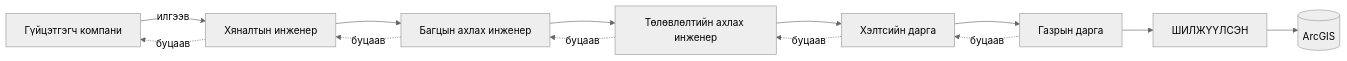
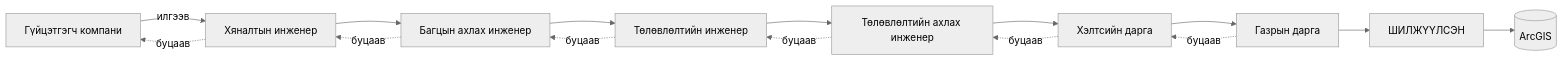
One commit to monmapgisteam-oss/Selbe_db changed the second of 2 diagrams in docs/system/05-erh-batlah.md. Above: the diagram before and after it, drawn with Mermaid (neutral theme). The commit also changed other lines of this file and 33 other files, not shown here.

Commit message:
feat(hyanalt): «Төлөвлөлтийн инженер» шат нэмэв — 7 шаттай хяналт (багцын ахлах инженер → төлөвлөлтийн инженер → төлөвлөлтийн ахлах инженер); шинэ 5 талбар Guitsetgel_talbe/183; шалгалт: tsc 0 · тест 234/234 · i18n 0/0

````diff
--- a/docs/system/05-erh-batlah.md
+++ b/docs/system/05-erh-batlah.md
@@ -88,15 +88,17 @@
 ```mermaid
 flowchart LR
   G[Гүйцэтгэгч компани] -->|илгээв| E[Хяналтын инженер]
   E --> M[Багцын ахлах инженер]
-  M --> D[Төлөвлөлтийн ахлах инженер]
+  M --> P[Төлөвлөлтийн инженер]
+  P --> D[Төлөвлөлтийн ахлах инженер]
   D --> H[Хэлтсийн дарга]
   H --> C[Газрын дарга]
   C --> OK[ШИЛЖҮҮЛСЭН]
   OK --> A[(ArcGIS)]
   E -.буцаав.-> G
   M -.буцаав.-> E
-  D -.буцаав.-> M
+  P -.буцаав.-> M
+  D -.буцаав.-> P
   H -.буцаав.-> D
   C -.буцаав.-> H
 ```
````
